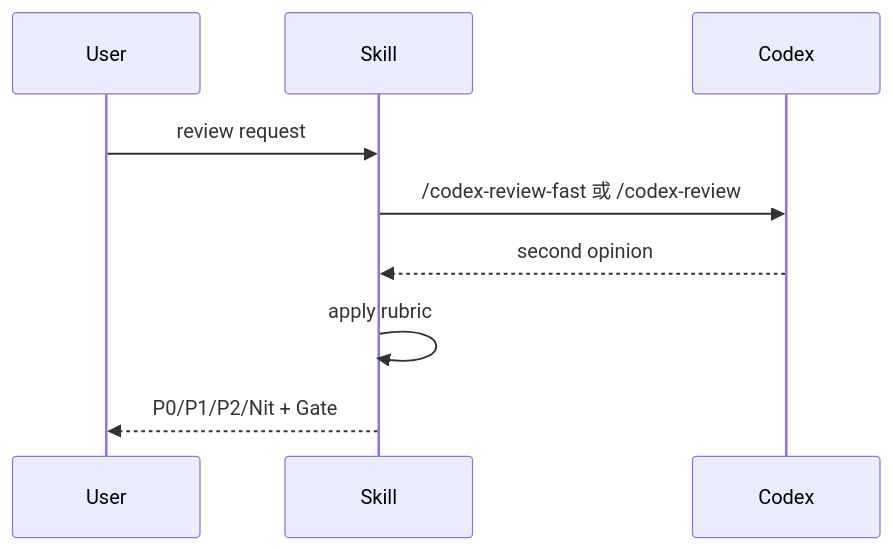
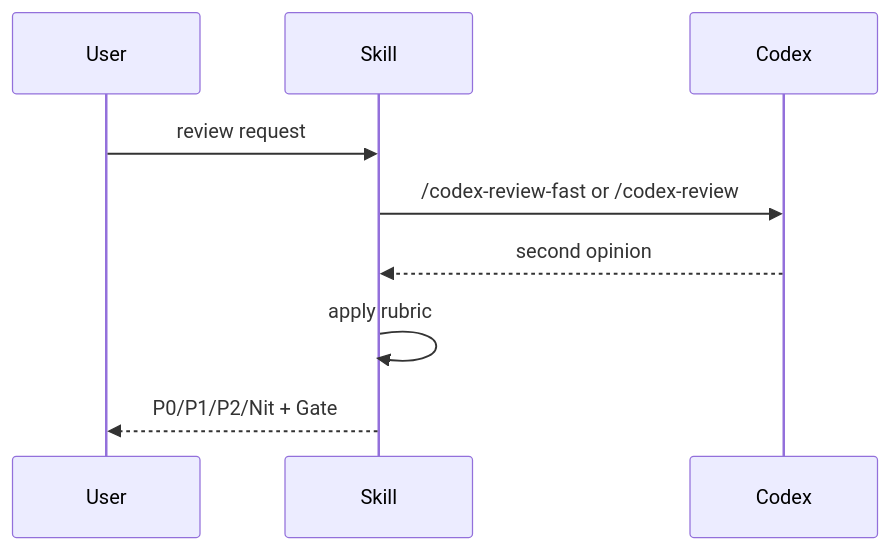
The diagram in skills/codex-code-review/SKILL.md (jupiter-Pulin/Uranus-dev-flow), drawn with Mermaid before and after one commit. The commit also changed other lines of this file and 106 other files, not shown here.

````diff
--- a/skills/codex-code-review/SKILL.md
+++ b/skills/codex-code-review/SKILL.md
@@ -23,12 +23,12 @@
 ```mermaid
 sequenceDiagram
     participant U as User
     participant S as Skill
     participant C as Codex
 
     U->>S: review request
-    S->>C: /codex-review-fast 或 /codex-review
+    S->>C: /codex-review-fast or /codex-review
     C-->>S: second opinion
     S->>S: apply rubric
     S-->>U: P0/P1/P2/Nit + Gate
 ```
````
